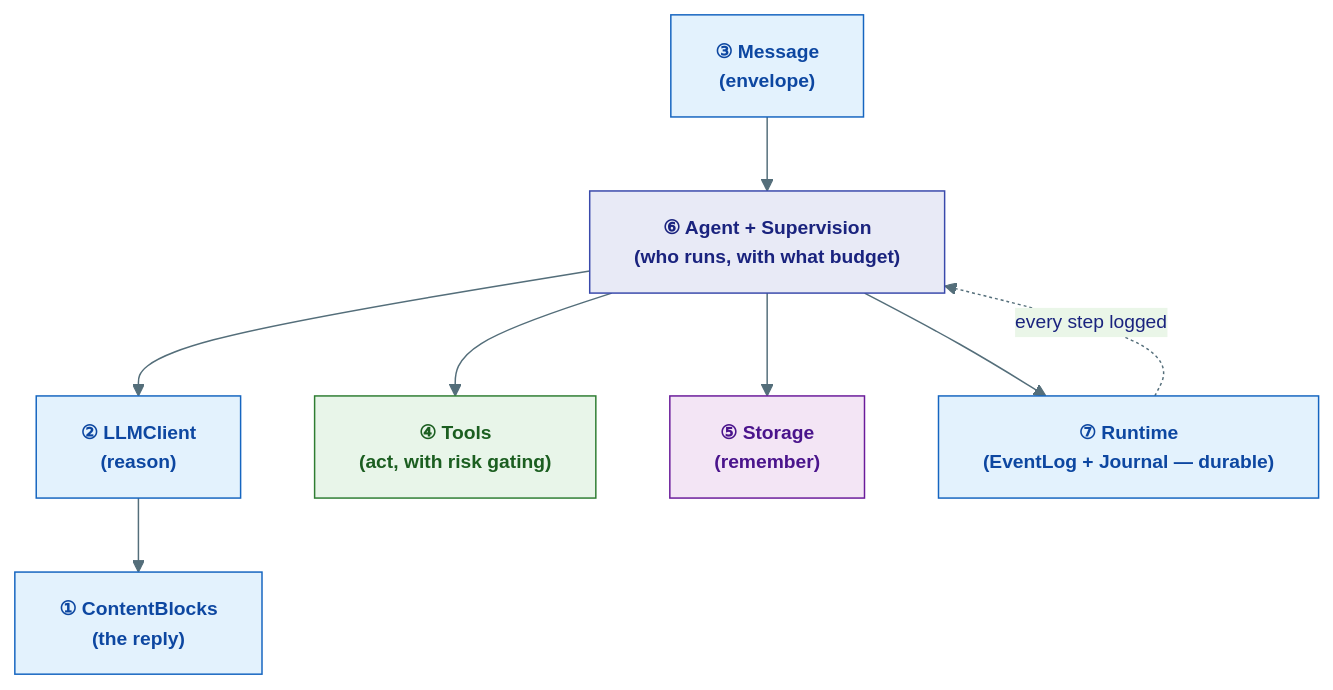
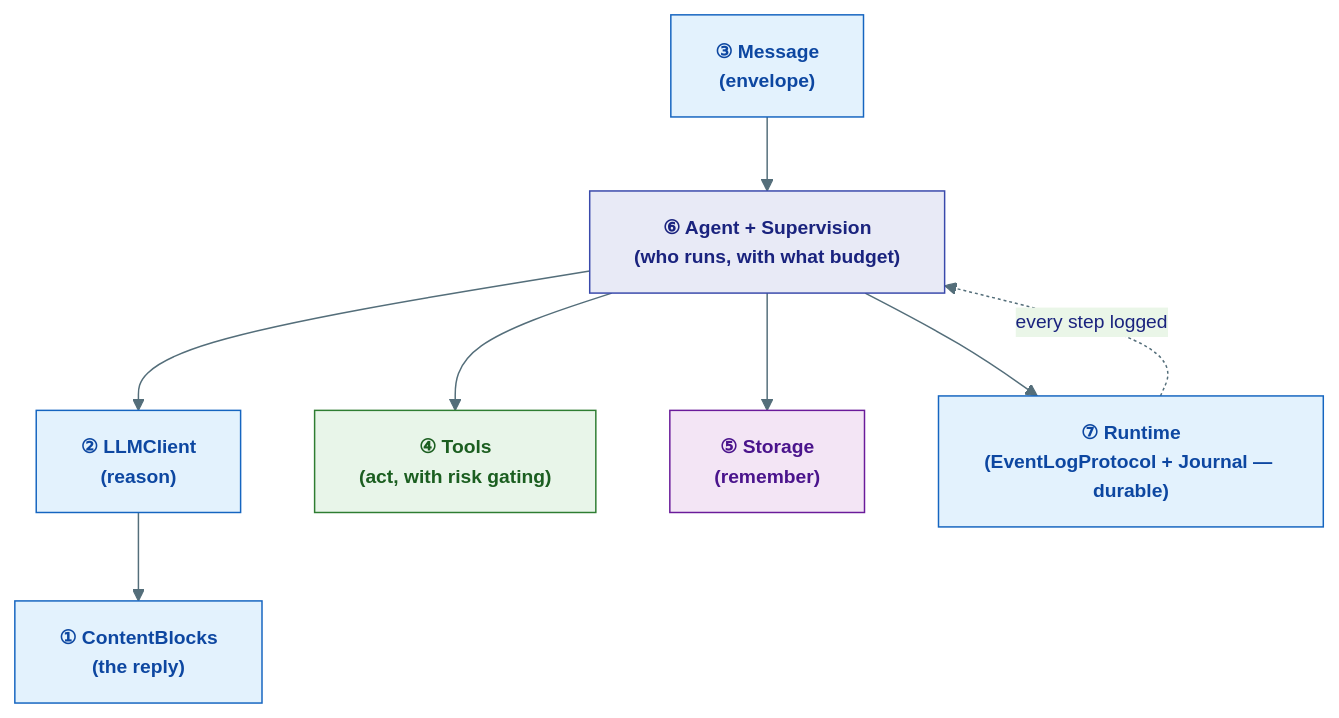
One commit to Ravikumarchavva/agent-substrate changed the second of 2 diagrams in agents/agent-substrate/docs/kernel/index.md. Above: the diagram before and after it, drawn with Mermaid. The commit also changed other lines of this file and 133 other files, not shown here.

First line of the commit message:
Refactor EventLog and related components to EventLogProtocol; update tests accordingly

````diff
--- a/agents/agent-substrate/docs/kernel/index.md
+++ b/agents/agent-substrate/docs/kernel/index.md
@@ -59,16 +59,16 @@
 ```mermaid
 %%{init: {'theme': 'base', 'themeVariables': {'primaryColor': '#E8EAF6','primaryTextColor': '#1A237E','primaryBorderColor': '#3949AB','lineColor': '#546E7A','fontSize': '13px'}}}%%
 graph TB
     classDef core    fill:#E3F2FD,stroke:#1565C0,color:#0D47A1,font-weight:bold
     classDef agent   fill:#E8EAF6,stroke:#3949AB,color:#1A237E,font-weight:bold
     classDef tool    fill:#E8F5E9,stroke:#2E7D32,color:#1B5E20,font-weight:bold
     classDef store   fill:#F3E5F5,stroke:#6A1B9A,color:#4A148C,font-weight:bold
 
     MSG["③ Message<br/>(envelope)"]:::core --> AG["⑥ Agent + Supervision<br/>(who runs, with what budget)"]:::agent
     AG --> LLM["② LLMClient<br/>(reason)"]:::core
     LLM --> BLOCKS["① ContentBlocks<br/>(the reply)"]:::core
     AG --> TOOLS["④ Tools<br/>(act, with risk gating)"]:::tool
     AG --> STORE["⑤ Storage<br/>(remember)"]:::store
-    AG --> RT["⑦ Runtime<br/>(EventLog + Journal — durable)"]:::core
+    AG --> RT["⑦ Runtime<br/>(EventLogProtocol + Journal — durable)"]:::core
     RT -.->|"every step logged"| AG
 ```
````
